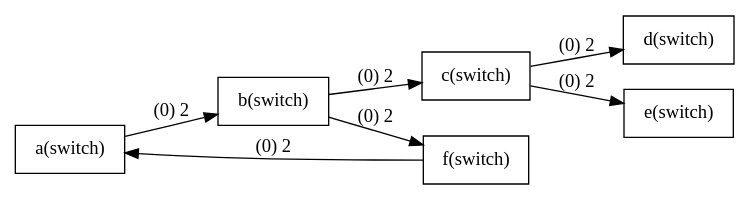
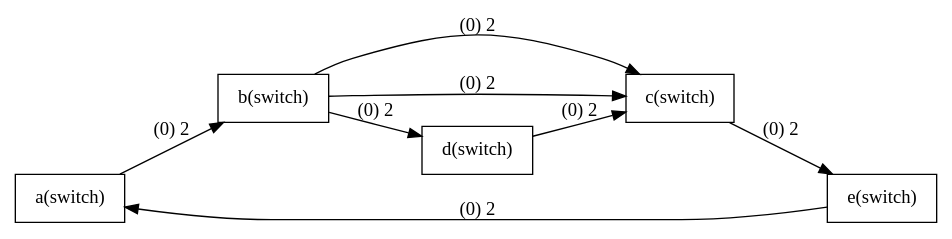
The diagram in plot.dot (claireyy23/2019-spring-gt), drawn with Graphviz before and after one commit. The commit also changed 1 other file, not shown here.

```diff
--- a/plot.dot
+++ b/plot.dot
@@ -1,24 +1,27 @@
 digraph G{
 rankdir=LR;
 node [shape=record];
 
 a [label="a(switch)"];
 b [label="b(switch)"];
 a->b[label="(0) 2"];
 b [label="b(switch)"];
 c [label="c(switch)"];
 b->c[label="(0) 2"];
+b [label="b(switch)"];
+d [label="d(switch)"];
+b->d[label="(0) 2"];
+d [label="d(switch)"];
 c [label="c(switch)"];
-d [label="d(switch)"];
-c->d[label="(0) 2"];
+d->c[label="(0) 2"];
 c [label="c(switch)"];
 e [label="e(switch)"];
 c->e[label="(0) 2"];
+e [label="e(switch)"];
+a [label="a(switch)"];
+e->a[label="(0) 2"];
 b [label="b(switch)"];
-f [label="f(switch)"];
-b->f[label="(0) 2"];
-f [label="f(switch)"];
-a [label="a(switch)"];
-f->a[label="(0) 2"];
+c [label="c(switch)"];
+b->c[label="(0) 2"];
 
 }
```
